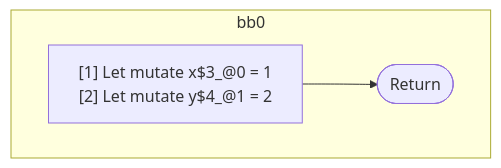
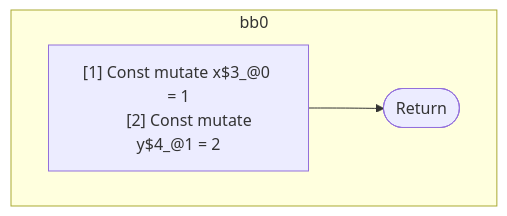
Before and after one commit to wutsmog/private: the diagram in compiler/forget/src/__tests__/fixtures/hir/ssa-simple.expect.md, drawn with Mermaid. The commit also changed other lines of this file and 61 other files, not shown here.

````diff
--- a/compiler/forget/src/__tests__/fixtures/hir/ssa-simple.expect.md
+++ b/compiler/forget/src/__tests__/fixtures/hir/ssa-simple.expect.md
@@ -24,14 +24,14 @@
 ```mermaid
 flowchart TB
   %% Basic Blocks
   subgraph bb0
     bb0_instrs["
-      [1] Let mutate x$3_@0 = 1
-      [2] Let mutate y$4_@1 = 2
+      [1] Const mutate x$3_@0 = 1
+      [2] Const mutate y$4_@1 = 2
     "]
     bb0_instrs --> bb0_terminal(["Return"])
   end
 
   %% Jumps
   %% empty
 ```
````
